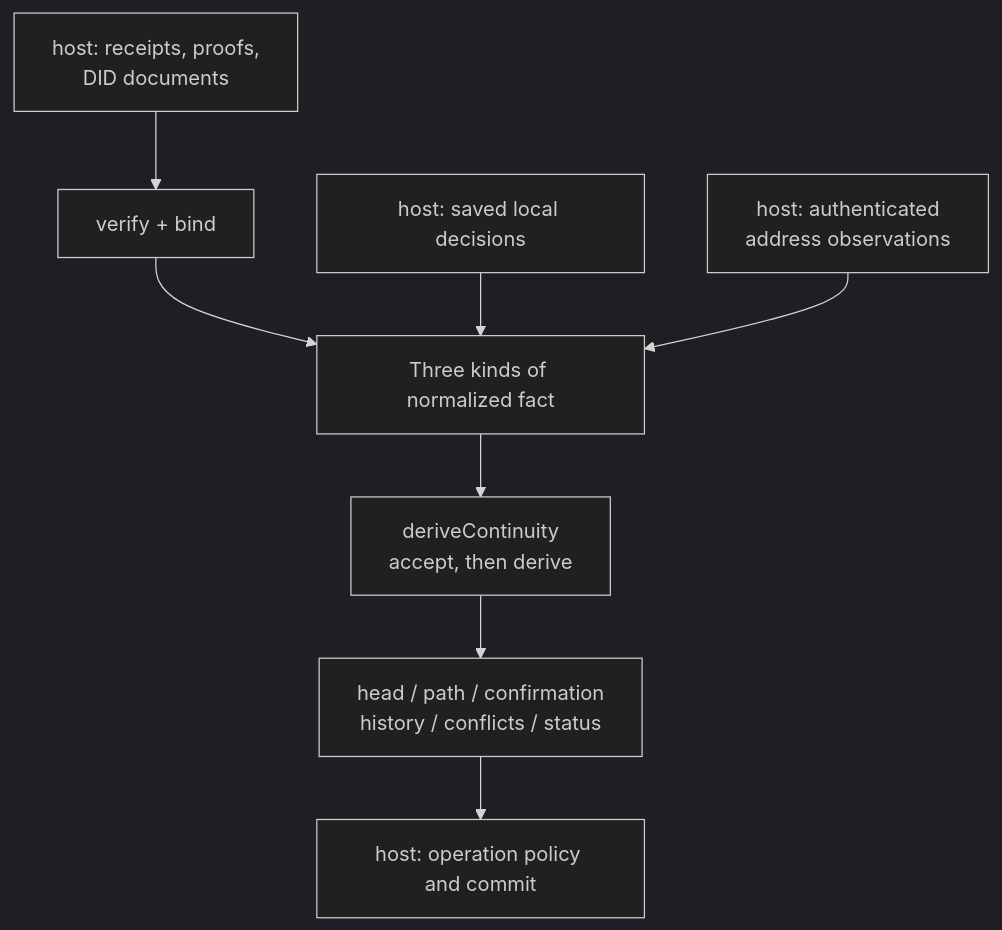
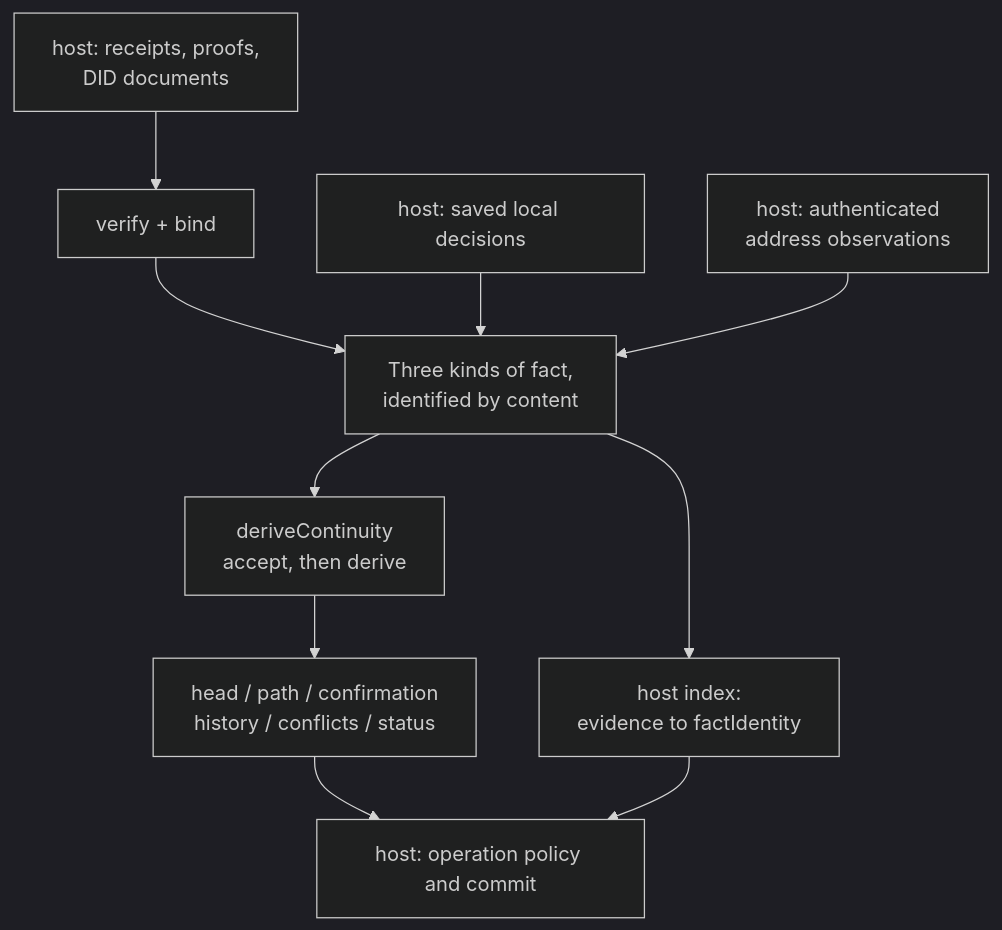
One commit to estoc-dev/estoc changed the first of 18 diagrams in packages/continuity/docs/guide.md. Above: the diagram before and after it, drawn with Mermaid (dark theme). The commit also changed other lines of this file and 3 other files, not shown here.

First line of the commit message:
continuity: document content-identified facts

````diff
--- a/packages/continuity/docs/guide.md
+++ b/packages/continuity/docs/guide.md
@@ -31,10 +32,12 @@
 ```mermaid
 flowchart TB
     R["host: receipts, proofs,<br/>DID documents"] --> V["verify + bind"]
-    V --> F["Three kinds of normalized fact"]
+    V --> F["Three kinds of fact,<br/>identified by content"]
     D["host: saved local decisions"] --> F
     O["host: authenticated<br/>address observations"] --> F
+    F --> X["host index:<br/>evidence to factIdentity"]
     F --> M["deriveContinuity<br/>accept, then derive"]
     M --> Q["head / path / confirmation<br/>history / conflicts / status"]
     Q --> H["host: operation policy and commit"]
+    X --> H
 ```
````
